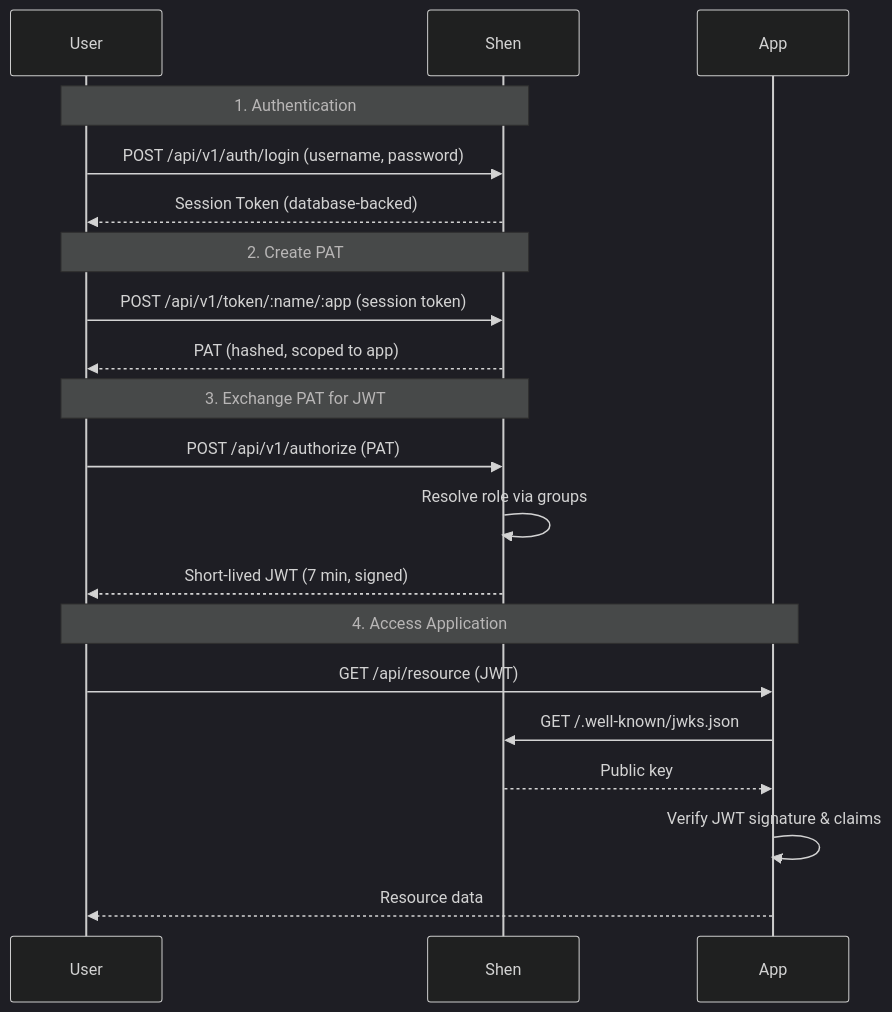
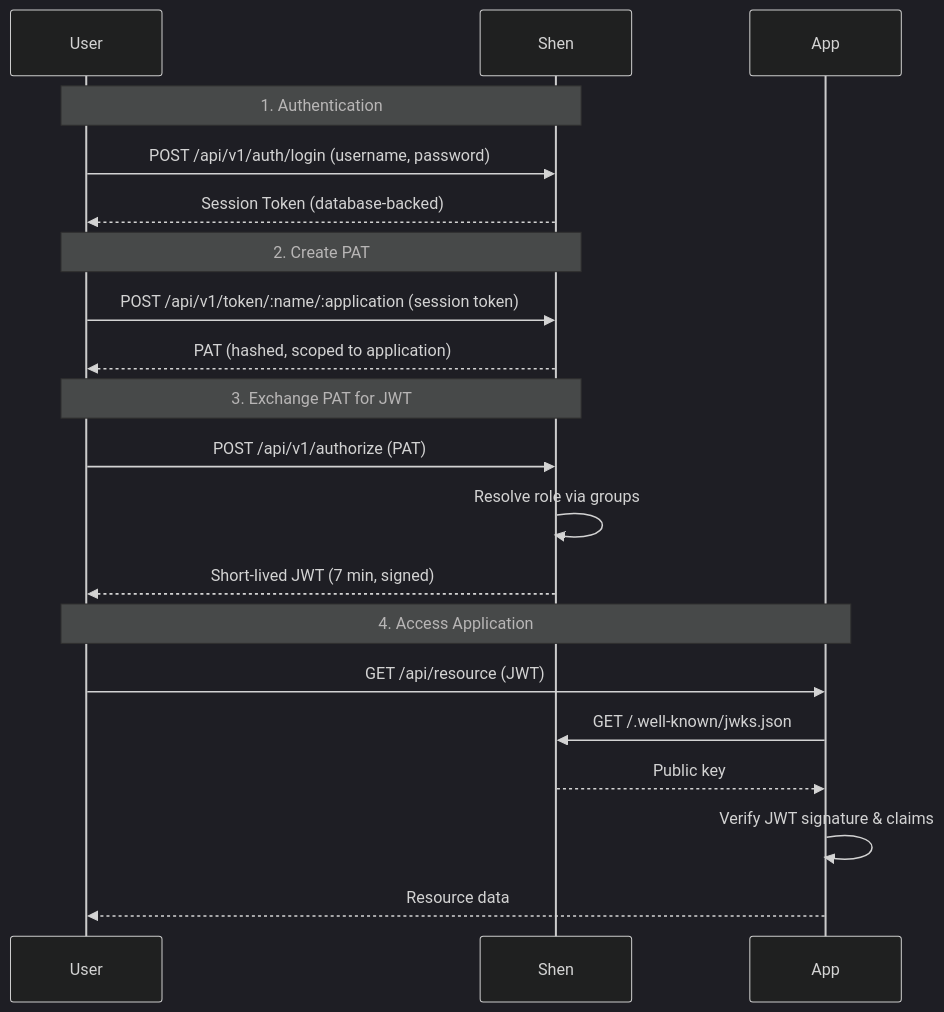
One commit to elmq0022/shen changed the diagram in DESIGN.md. Above: the diagram before and after it, drawn with Mermaid (dark theme). The commit also changed other lines of this file and 6 other files, not shown here.

````diff
--- a/DESIGN.md
+++ b/DESIGN.md
@@ -103,26 +103,26 @@
 ```mermaid
 sequenceDiagram
     participant User
     participant Shen
     participant App
 
     Note over User,Shen: 1. Authentication
     User->>Shen: POST /api/v1/auth/login (username, password)
     Shen-->>User: Session Token (database-backed)
 
     Note over User,Shen: 2. Create PAT
-    User->>Shen: POST /api/v1/token/:name/:app (session token)
-    Shen-->>User: PAT (hashed, scoped to app)
+    User->>Shen: POST /api/v1/token/:name/:application (session token)
+    Shen-->>User: PAT (hashed, scoped to application)
 
     Note over User,Shen: 3. Exchange PAT for JWT
     User->>Shen: POST /api/v1/authorize (PAT)
     Shen->>Shen: Resolve role via groups
     Shen-->>User: Short-lived JWT (7 min, signed)
 
     Note over User,App: 4. Access Application
     User->>App: GET /api/resource (JWT)
     App->>Shen: GET /.well-known/jwks.json
     Shen-->>App: Public key
     App->>App: Verify JWT signature & claims
     App-->>User: Resource data
 ```
````
